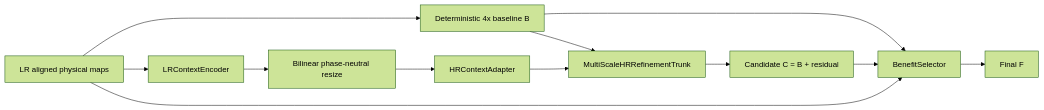
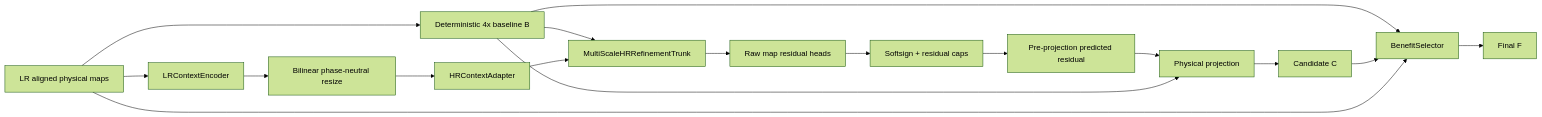
One commit to JamieShelley/trinity changed the diagram in tools/nsamdr/README.md. Above: the diagram before and after it, drawn with Mermaid (forest theme). The commit also changed other lines of this file, not shown here.

Commit message:
Document V14.3 stable residual architecture

````diff
--- a/tools/nsamdr/README.md
+++ b/tools/nsamdr/README.md
@@ -101,16 +116,21 @@
 ```mermaid
 flowchart LR
     LR[LR aligned physical maps] --> B[Deterministic 4x baseline B]
     LR --> ENC[LRContextEncoder]
     ENC --> RESIZE[Bilinear phase-neutral resize]
     RESIZE --> ADAPT[HRContextAdapter]
 
     B --> REF[MultiScaleHRRefinementTrunk]
     ADAPT --> REF
-    REF --> C[Candidate C = B + residual]
+    REF --> RAW[Raw map residual heads]
+    RAW --> SOFT[Softsign + residual caps]
+    SOFT --> PRE[Pre-projection predicted residual]
+    PRE --> PROJ[Physical projection]
+    B --> PROJ
+    PROJ --> C[Candidate C]
 
     B --> SEL[BenefitSelector]
     C --> SEL
     LR --> SEL
     SEL --> F[Final F]
 ```
````
